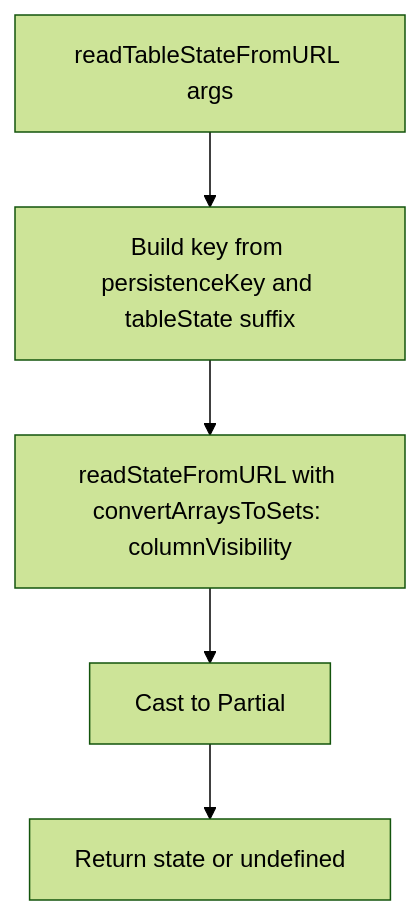
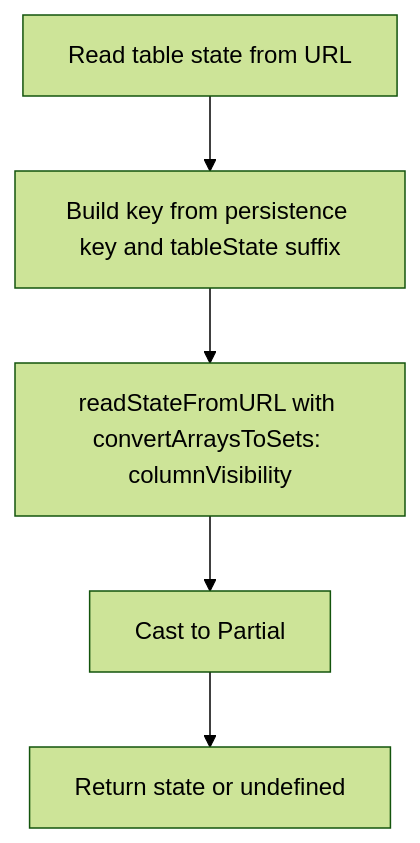
The fifth of 10 diagrams in src/utils/urlState/ARCHITECTURE.md (luciocabrera/lcabrera-stack), drawn with Mermaid (forest theme) before and after one commit. The commit also changed other lines of this file and 2 other files, not shown here.

Commit message:
feat: Update architecture documentation for performance, storage, and URL state utilities

````diff
--- a/src/utils/urlState/ARCHITECTURE.md
+++ b/src/utils/urlState/ARCHITECTURE.md
@@ -94,7 +94,7 @@
 ```mermaid
 flowchart TD
-  A[readTableStateFromURL args] --> B[Build key from persistenceKey and tableState suffix]
+  A[Read table state from URL] --> B[Build key from persistence key and tableState suffix]
   B --> C[readStateFromURL with convertArraysToSets: columnVisibility]
   C --> D[Cast to Partial<TableSearchParamsState>]
   D --> E[Return state or undefined]
 ```
````
